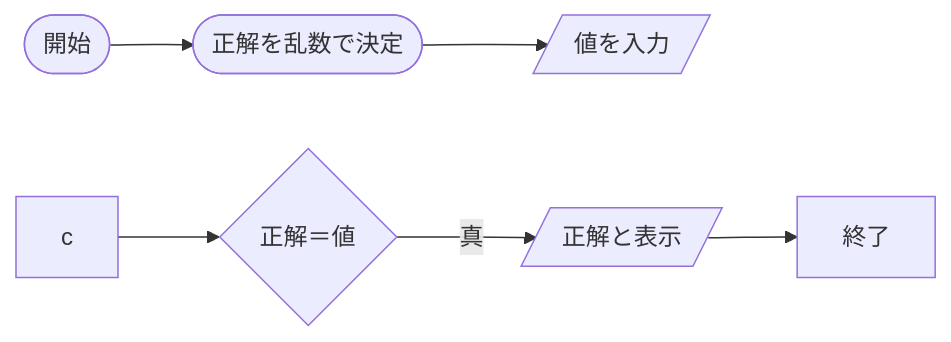
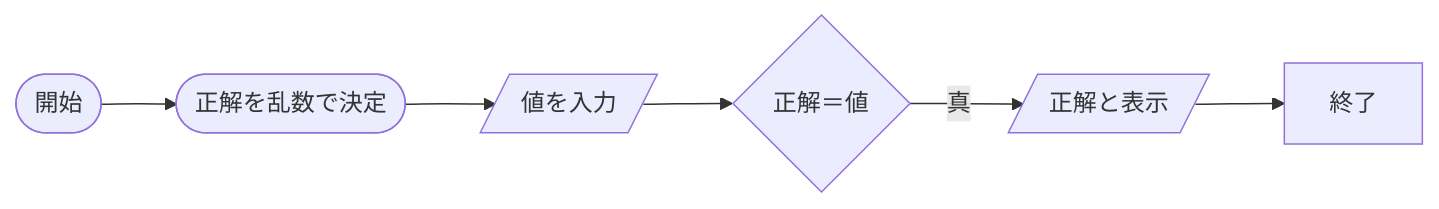
One commit to tpu-game-2022/mermaid_test changed the diagram in README.md. Above: the diagram before and after it, drawn with Mermaid.

````diff
--- a/README.md
+++ b/README.md
@@ -20,8 +20,8 @@
 ```mermaid
 flowchart LR;
   A(["開始"]) --> B(["正解を乱数で決定"]);
   B --> C[/値を入力/]
-  c --> D{正解＝値}
+  C --> D{正解＝値}
   D --　真 -->E[/正解と表示/];
   E --> F["終了"];
 ```
````
